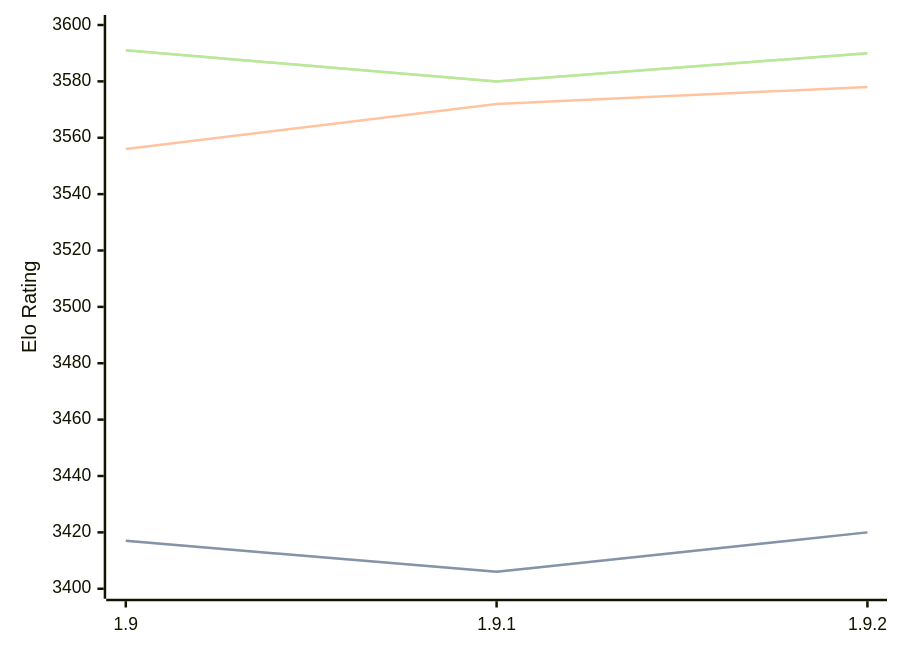
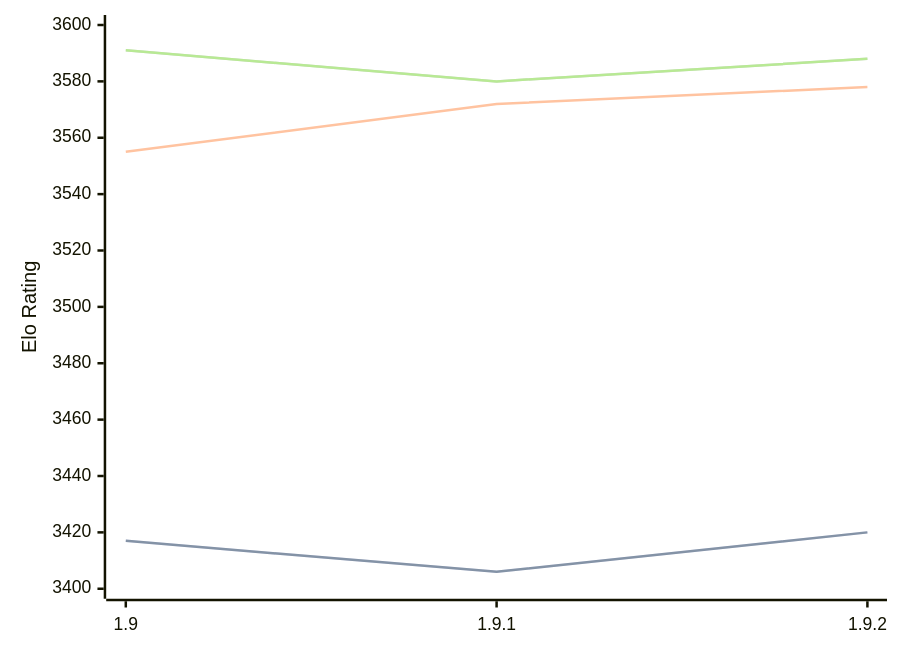
One commit to computer-chess-index/cci changed the diagram in engines/Pawnocchio.md. Above: the diagram before and after it, drawn with Mermaid. The commit also changed other lines of this file, not shown here.

Commit message:
Update CCI Ratings (ELO VLTC) - 2026-03-05

````diff
--- a/engines/Pawnocchio.md
+++ b/engines/Pawnocchio.md
@@ -46,11 +46,11 @@
 ```mermaid
 %%{init: {"theme":"base","themeVariables":{"seriesColors:['#a3a3a3','#222221','#faa371']}}}%%
 xychart-beta
   x-axis ["1.9", "1.9.1", "1.9.2"]
   y-axis "Elo Rating" 3400 --> 3600
   line "STC (8.0+0.08s)" [3417, 3406, 3420]
   line "STC (8.0+0.08s)" [3417, 3406, 3420]
-  line "LTC (60.0+0.60s)" [3556, 3572, 3578]
-  line "VLTC (2m24s+1.12s)" [3591, 3580, 3590]
-  line "VLTC (2m24s+1.12s)" [3591, 3580, 3590]
+  line "LTC (60.0+0.60s)" [3555, 3572, 3578]
+  line "VLTC (2m24s+1.12s)" [3591, 3580, 3588]
+  line "VLTC (2m24s+1.12s)" [3591, 3580, 3588]
 ```
````
